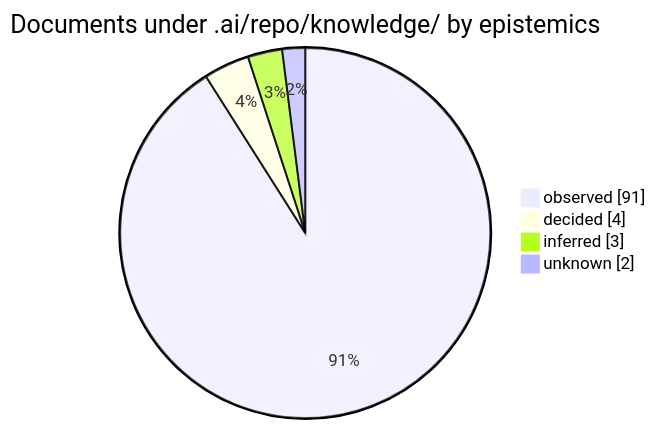
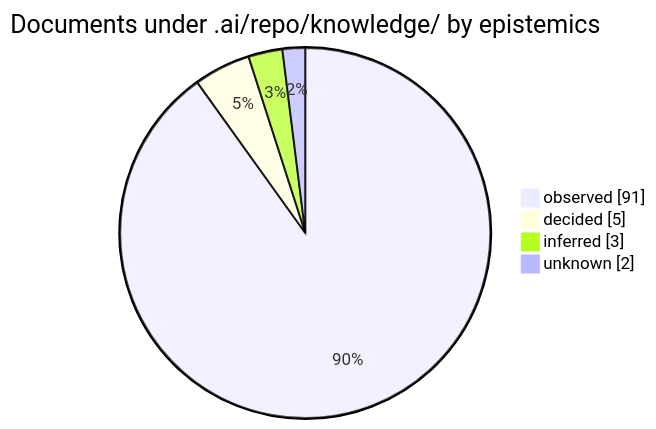
Before and after one commit to korczis/OpenTTD: the third of 3 diagrams in .ai/repo/knowledge/README.md, drawn with Mermaid. The commit also changed other lines of this file and 2 other files, not shown here.

````diff
--- a/.ai/repo/knowledge/README.md
+++ b/.ai/repo/knowledge/README.md
@@ -59,8 +59,8 @@
 ```mermaid
 pie showData title Documents under .ai/repo/knowledge/ by epistemics
     %% links: README.md?col=Epistemics&filter=observed#records-generated | README.md?col=Epistemics&filter=decided#records-generated | README.md?col=Epistemics&filter=inferred#records-generated | README.md?col=Epistemics&filter=#records-generated
     "observed" : 91
-    "decided" : 4
+    "decided" : 5
     "inferred" : 3
     "unknown" : 2
 ```
````
